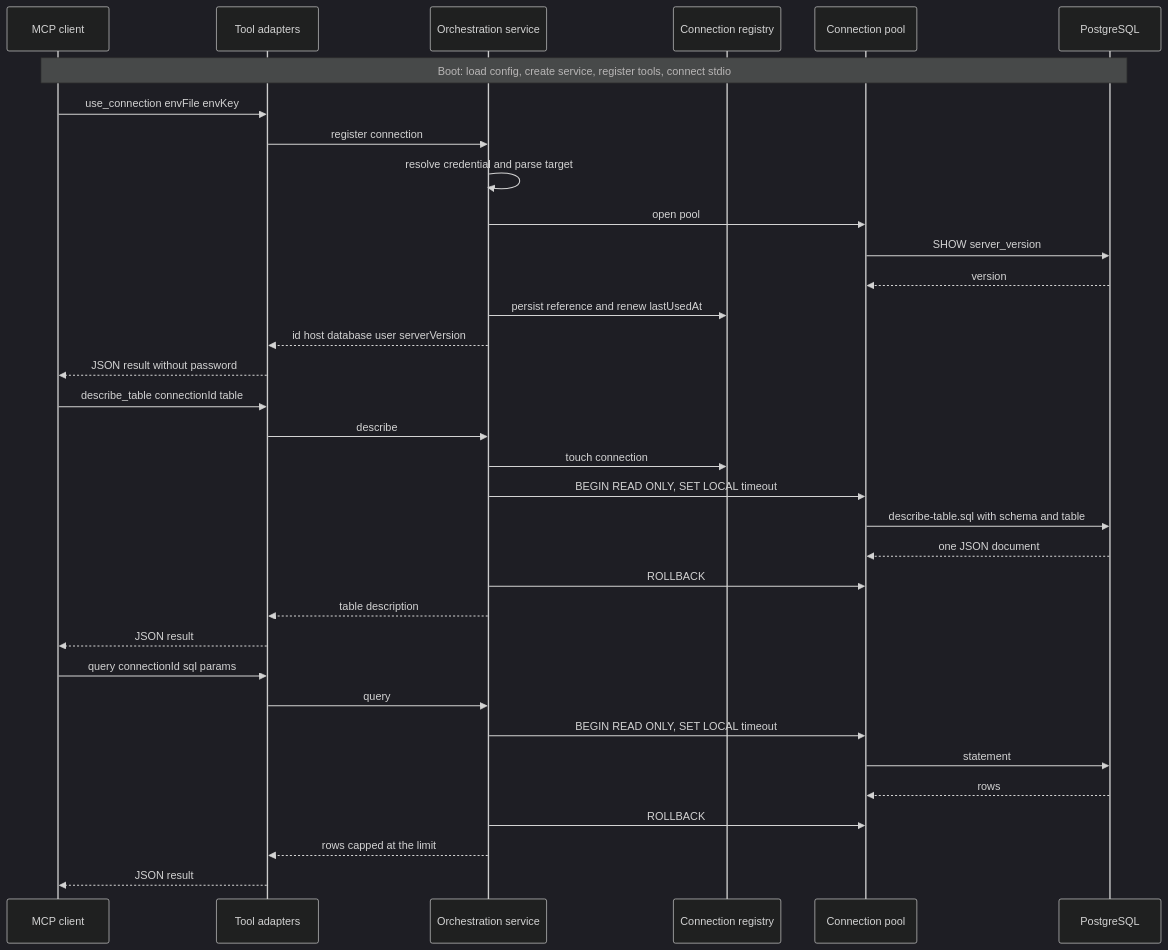
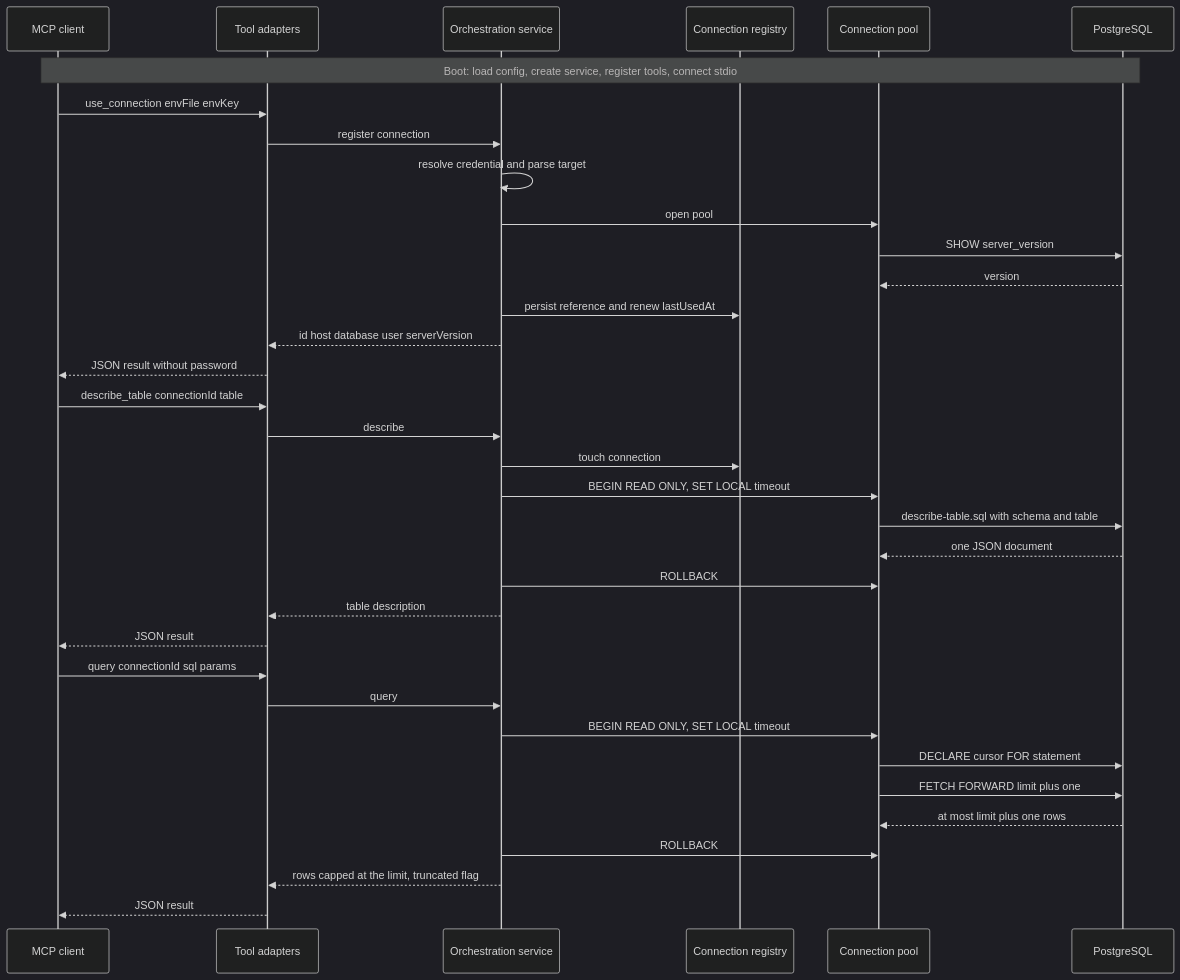
Before and after one commit to fqueis/pg-mcp: the second of 3 diagrams in ARCHITECT.md, drawn with Mermaid (dark theme). The commit also changed other lines of this file and 2 other files, not shown here.

First line of the commit message:
docs: document the new tools and the bounded row fetch

````diff
--- a/ARCHITECT.md
+++ b/ARCHITECT.md
@@ -63,40 +63,41 @@
 ```mermaid
 sequenceDiagram
   participant C as MCP client
   participant T as Tool adapters
   participant S as Orchestration service
   participant R as Connection registry
   participant P as Connection pool
   participant DB as PostgreSQL
 
   Note over C,DB: Boot: load config, create service, register tools, connect stdio
 
   C->>T: use_connection envFile envKey
   T->>S: register connection
   S->>S: resolve credential and parse target
   S->>P: open pool
   P->>DB: SHOW server_version
   DB-->>P: version
   S->>R: persist reference and renew lastUsedAt
   S-->>T: id host database user serverVersion
   T-->>C: JSON result without password
 
   C->>T: describe_table connectionId table
   T->>S: describe
   S->>R: touch connection
   S->>P: BEGIN READ ONLY, SET LOCAL timeout
   P->>DB: describe-table.sql with schema and table
   DB-->>P: one JSON document
   S->>P: ROLLBACK
   S-->>T: table description
   T-->>C: JSON result
 
   C->>T: query connectionId sql params
   T->>S: query
   S->>P: BEGIN READ ONLY, SET LOCAL timeout
-  P->>DB: statement
-  DB-->>P: rows
+  P->>DB: DECLARE cursor FOR statement
+  P->>DB: FETCH FORWARD limit plus one
+  DB-->>P: at most limit plus one rows
   S->>P: ROLLBACK
-  S-->>T: rows capped at the limit
+  S-->>T: rows capped at the limit, truncated flag
   T-->>C: JSON result
 ```
````
